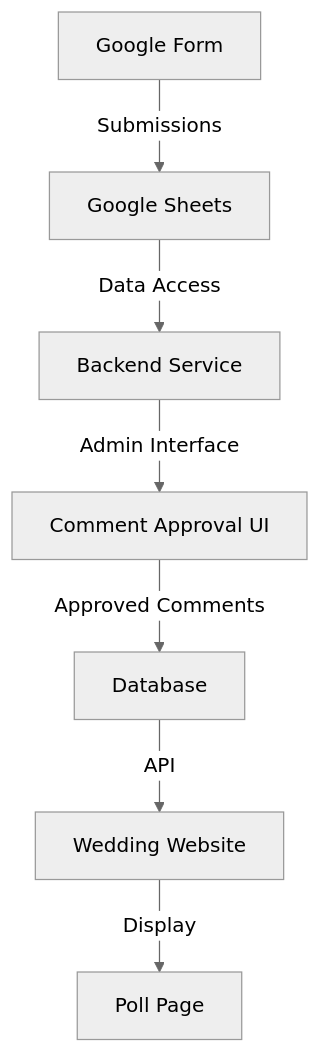
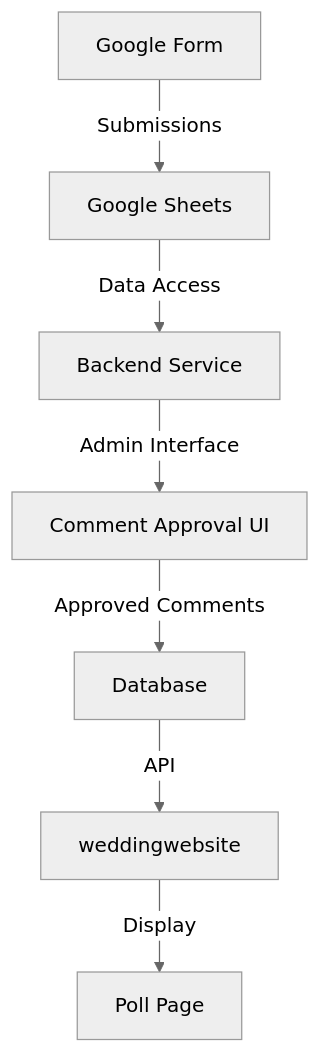
The first of 3 diagrams in docs/poll-comments-implementation-plan.md (emscape/DapperFoxes), drawn with Mermaid (neutral theme) before and after one commit. The commit also changed 9 other files, not shown here.

````diff
--- a/docs/poll-comments-implementation-plan.md
+++ b/docs/poll-comments-implementation-plan.md
@@ -23,9 +23,9 @@
 ```mermaid
 flowchart TD
     A[Google Form] -->|Submissions| B[Google Sheets]
     B -->|Data Access| C[Backend Service]
     C -->|Admin Interface| D[Comment Approval UI]
     D -->|Approved Comments| E[Database]
-    E -->|API| F[Wedding Website]
+    E -->|API| F[weddingwebsite]
     F -->|Display| G[Poll Page]
 ```
````
